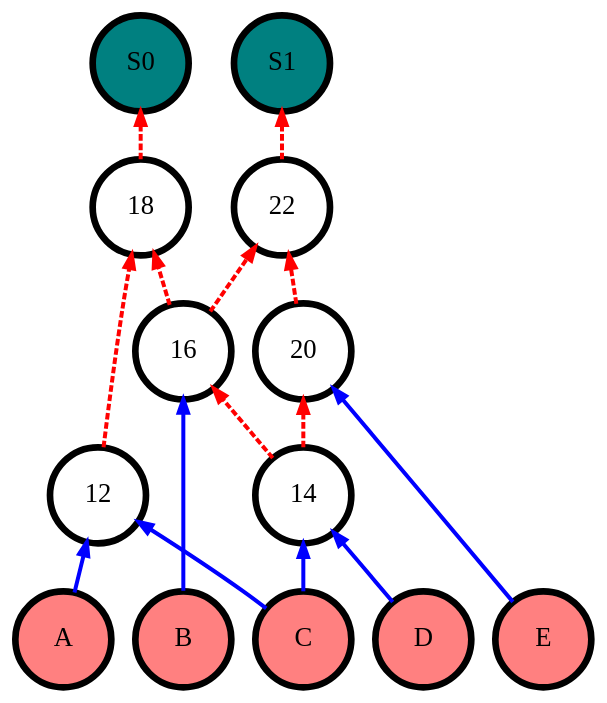
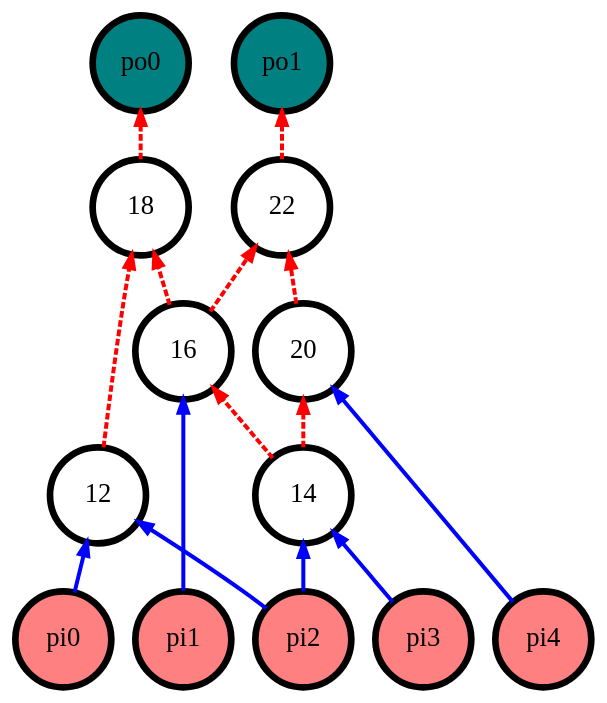
The diagram in Debug/C17.dot (LucasAlegre/AIG), drawn with Graphviz before and after one commit. The commit also changed 7 other files, not shown here.

Commit message:
AIG Reader for Integer Graph Corrected

```diff
--- a/Debug/C17.dot
+++ b/Debug/C17.dot
@@ -1,32 +1,32 @@
 digraph aig {
-"A" [shape=circle, height=1, width=1, penwidth=5 style=filled, fillcolor="#ff8080", fontsize=20]
-"B" [shape=circle, height=1, width=1, penwidth=5 style=filled, fillcolor="#ff8080", fontsize=20]
-"C" [shape=circle, height=1, width=1, penwidth=5 style=filled, fillcolor="#ff8080", fontsize=20]
-"D" [shape=circle, height=1, width=1, penwidth=5 style=filled, fillcolor="#ff8080", fontsize=20]
-"E" [shape=circle, height=1, width=1, penwidth=5 style=filled, fillcolor="#ff8080", fontsize=20]
+"pi0" [shape=circle, height=1, width=1, penwidth=5 style=filled, fillcolor="#ff8080", fontsize=20]
+"pi1" [shape=circle, height=1, width=1, penwidth=5 style=filled, fillcolor="#ff8080", fontsize=20]
+"pi2" [shape=circle, height=1, width=1, penwidth=5 style=filled, fillcolor="#ff8080", fontsize=20]
+"pi3" [shape=circle, height=1, width=1, penwidth=5 style=filled, fillcolor="#ff8080", fontsize=20]
+"pi4" [shape=circle, height=1, width=1, penwidth=5 style=filled, fillcolor="#ff8080", fontsize=20]
 "12" [shape=circle, height=1, width=1, penwidth=5 style=filled, fillcolor="#ffffff", fontsize=20]
 "14" [shape=circle, height=1, width=1, penwidth=5 style=filled, fillcolor="#ffffff", fontsize=20]
 "16" [shape=circle, height=1, width=1, penwidth=5 style=filled, fillcolor="#ffffff", fontsize=20]
 "18" [shape=circle, height=1, width=1, penwidth=5 style=filled, fillcolor="#ffffff", fontsize=20]
 "20" [shape=circle, height=1, width=1, penwidth=5 style=filled, fillcolor="#ffffff", fontsize=20]
 "22" [shape=circle, height=1, width=1, penwidth=5 style=filled, fillcolor="#ffffff", fontsize=20]
-"S0" [shape=circle, height=1, width=1, penwidth=5 style=filled, fillcolor="#008080", fontsize=20]
-"S1" [shape=circle, height=1, width=1, penwidth=5 style=filled, fillcolor="#008080", fontsize=20]
-"C" -> "12" [penwidth = 3, color=blue]
-"A" -> "12" [penwidth = 3, color=blue]
-"D" -> "14" [penwidth = 3, color=blue]
-"C" -> "14" [penwidth = 3, color=blue]
+"po0" [shape=circle, height=1, width=1, penwidth=5 style=filled, fillcolor="#008080", fontsize=20]
+"po1" [shape=circle, height=1, width=1, penwidth=5 style=filled, fillcolor="#008080", fontsize=20]
+"pi2" -> "12" [penwidth = 3, color=blue]
+"pi0" -> "12" [penwidth = 3, color=blue]
+"pi3" -> "14" [penwidth = 3, color=blue]
+"pi2" -> "14" [penwidth = 3, color=blue]
 "14" -> "16" [penwidth = 3, color=red, style=dashed]
-"B" -> "16" [penwidth = 3, color=blue]
+"pi1" -> "16" [penwidth = 3, color=blue]
 "16" -> "18" [penwidth = 3, color=red, style=dashed]
 "12" -> "18" [penwidth = 3, color=red, style=dashed]
 "14" -> "20" [penwidth = 3, color=red, style=dashed]
-"E" -> "20" [penwidth = 3, color=blue]
+"pi4" -> "20" [penwidth = 3, color=blue]
 "20" -> "22" [penwidth = 3, color=red, style=dashed]
 "16" -> "22" [penwidth = 3, color=red, style=dashed]
-"18" -> "S0" [penwidth = 3, color=red, style=dashed]
-"22" -> "S1" [penwidth = 3, color=red, style=dashed]
-{ rank=source; "A" "B" "C" "D" "E" }
-{ rank=since; "S0" "S1" }
+"18" -> "po0" [penwidth = 3, color=red, style=dashed]
+"22" -> "po1" [penwidth = 3, color=red, style=dashed]
+{ rank=source; "pi0" "pi1" "pi2" "pi3" "pi4" }
+{ rank=since; "po0" "po1" }
 rankdir="BT"
 }
```
